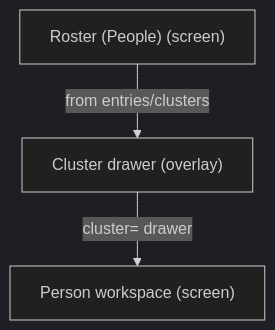
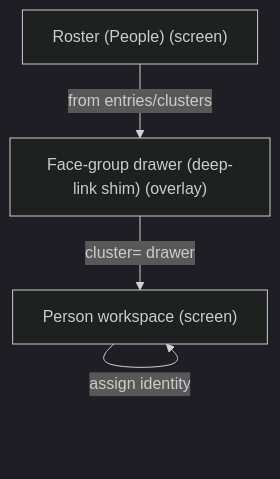
The second of 3 diagrams in apps/prototype-wp-alt-context/docs/ux-maps/roster-people.md (darce/context-alt-text-monorepo), drawn with Mermaid (dark theme) before and after one commit. The commit also changed other lines of this file and 5 other files, not shown here.

````diff
--- a/apps/prototype-wp-alt-context/docs/ux-maps/roster-people.md
+++ b/apps/prototype-wp-alt-context/docs/ux-maps/roster-people.md
@@ -150,9 +201,10 @@
 ```mermaid
 flowchart TD
-  %% flow: Open cluster drawer → assign → person workspace job=job-cluster-review
+  %% flow: Open face-group drawer → assign → person workspace job=job-cluster-review
   n_roster_shell["Roster (People) (screen)"]
-  n_roster_cluster_drawer["Cluster drawer (overlay)"]
+  n_roster_cluster_drawer["Face-group drawer (deep-link shim) (overlay)"]
   n_roster_shell -->|from entries/clusters| n_roster_cluster_drawer
   n_roster_person_workspace["Person workspace (screen)"]
   n_roster_cluster_drawer -->|cluster= drawer| n_roster_person_workspace
+  n_roster_person_workspace -->|assign identity| n_roster_person_workspace
 ```
````
